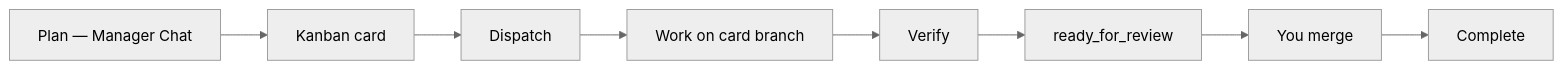
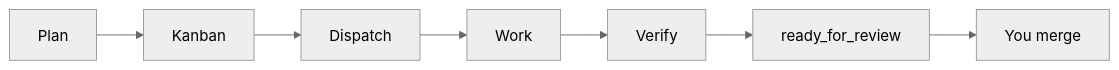
Before and after one commit to CardSorting/JoyZoning: the second of 2 diagrams in README.md, drawn with Mermaid (neutral theme). The commit also changed other lines of this file and 1 other file, not shown here.

````diff
--- a/README.md
+++ b/README.md
@@ -68,10 +95,9 @@
 ```mermaid
 flowchart LR
-  P[Plan — Manager Chat] --> K[Kanban card]
+  P[Plan] --> K[Kanban]
   K --> D[Dispatch]
-  D --> W[Work on card branch]
+  D --> W[Work]
   W --> V[Verify]
   V --> R[ready_for_review]
   R --> M[You merge]
-  M --> Done[Complete]
 ```
````
